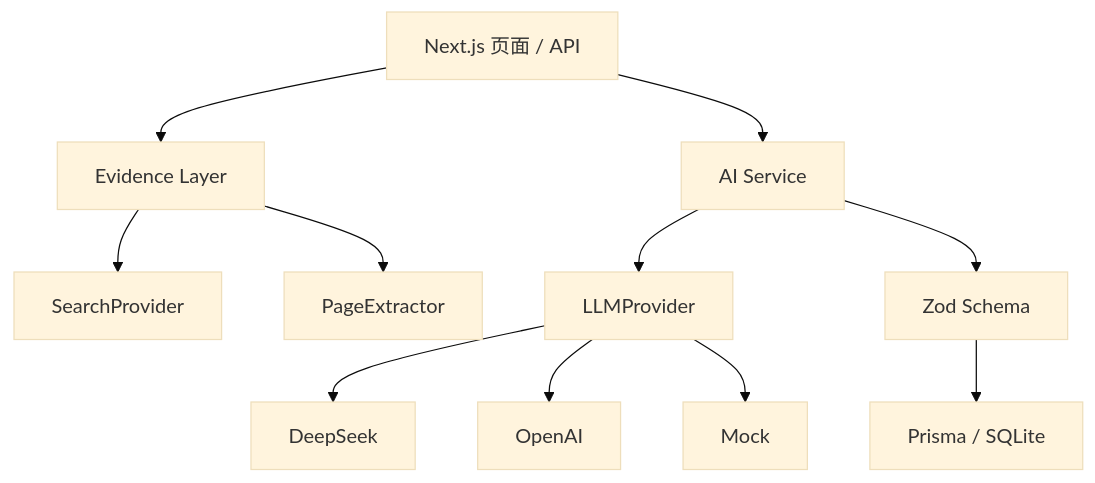
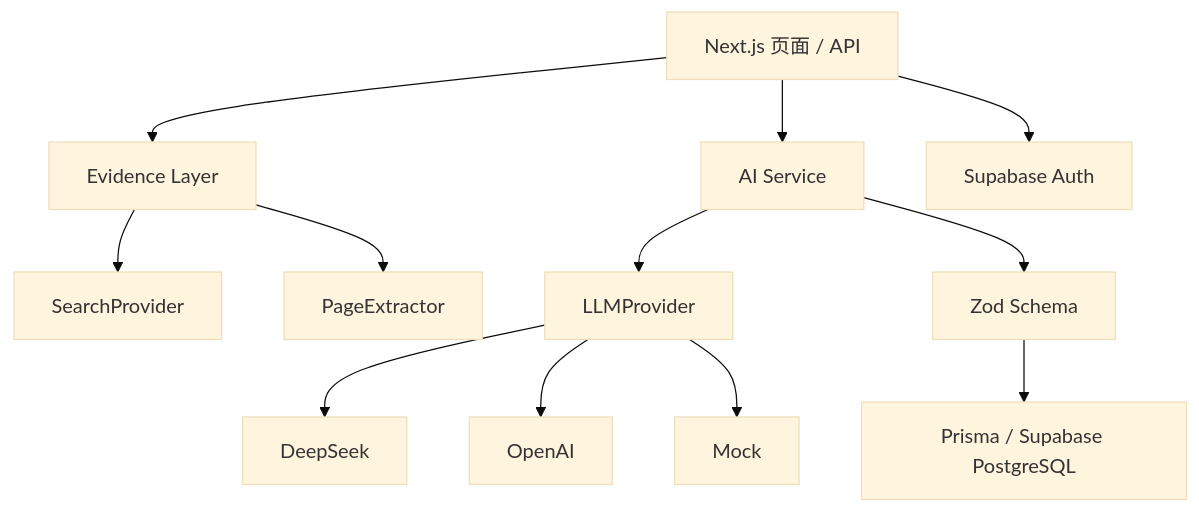
Before and after one commit to zhaoxiaoxi666888-tech/brandscope: the first of 2 diagrams in docs/architecture.md, drawn with Mermaid (base theme). The commit also changed other lines of this file and 50 other files, not shown here.

````diff
--- a/docs/architecture.md
+++ b/docs/architecture.md
@@ -3,13 +3,14 @@
 ```mermaid
 flowchart TD
   UI["Next.js 页面 / API"] --> ES["Evidence Layer"]
   ES --> SP["SearchProvider"]
   ES --> PE["PageExtractor"]
   UI --> AS["AI Service"]
   AS --> LP["LLMProvider"]
   LP --> DS["DeepSeek"]
   LP --> OA["OpenAI"]
   LP --> MK["Mock"]
   AS --> Z["Zod Schema"]
-  Z --> DB["Prisma / SQLite"]
+  Z --> DB["Prisma / Supabase PostgreSQL"]
+  UI --> AU["Supabase Auth"]
 ```
````
